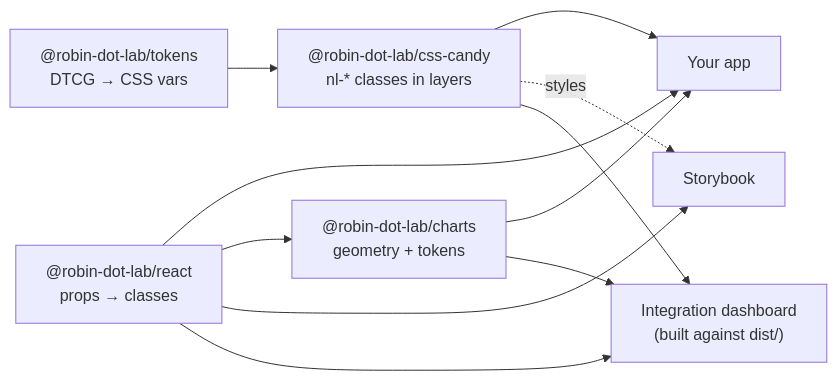
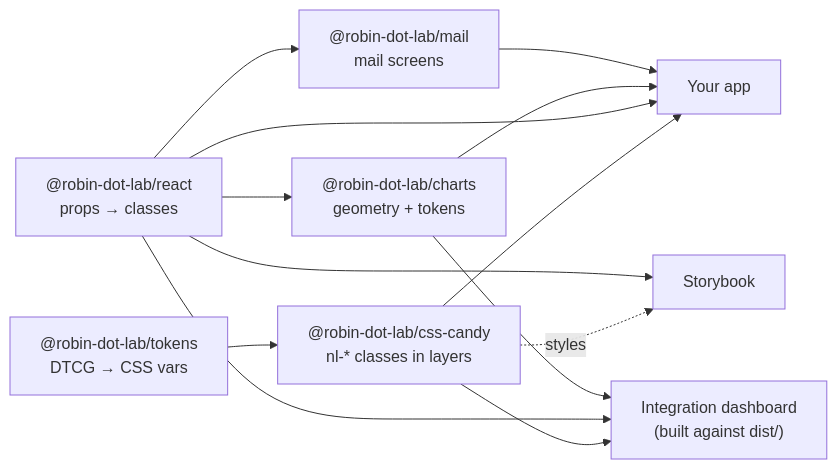
The diagram in README.md (robin-dot-lab/nerdlab-design-system), drawn with Mermaid before and after one commit. The commit also changed other lines of this file and 4 other files, not shown here.

````diff
--- a/README.md
+++ b/README.md
@@ -211,13 +214,15 @@
 ```mermaid
 flowchart LR
   tokens["@robin-dot-lab/tokens<br/>DTCG → CSS vars"] --> css["@robin-dot-lab/css-candy<br/>nl-* classes in layers"]
   css --> app["Your app"]
   react["@robin-dot-lab/react<br/>props → classes"] --> app
   charts["@robin-dot-lab/charts<br/>geometry + tokens"] --> app
+  mail["@robin-dot-lab/mail<br/>mail screens"] --> app
   react --> charts
+  react --> mail
   css -. "styles" .-> docs["Storybook"]
   react --> docs
   css --> dash["Integration dashboard<br/>(built against dist/)"]
   react --> dash
   charts --> dash
 ```
````
